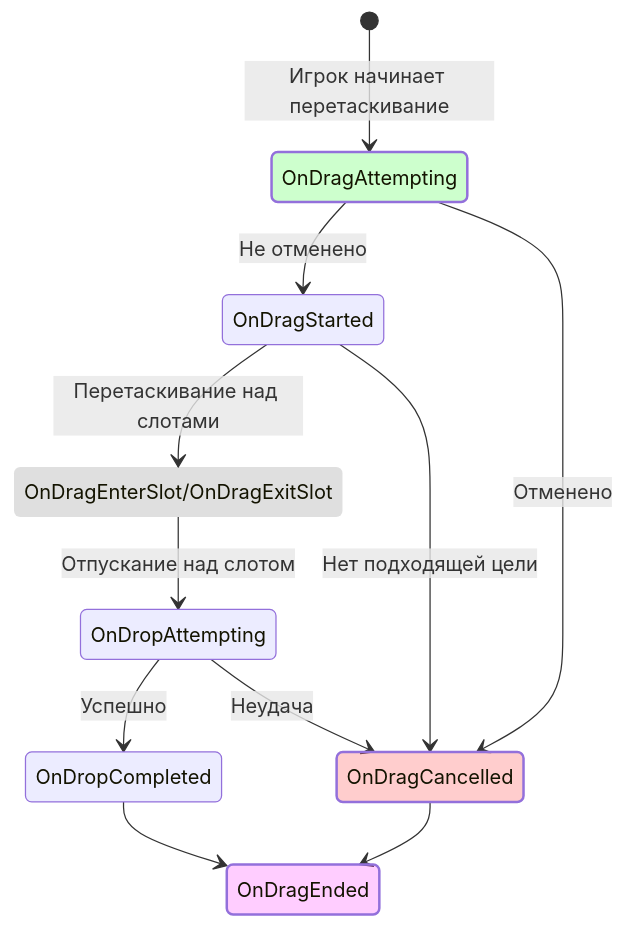
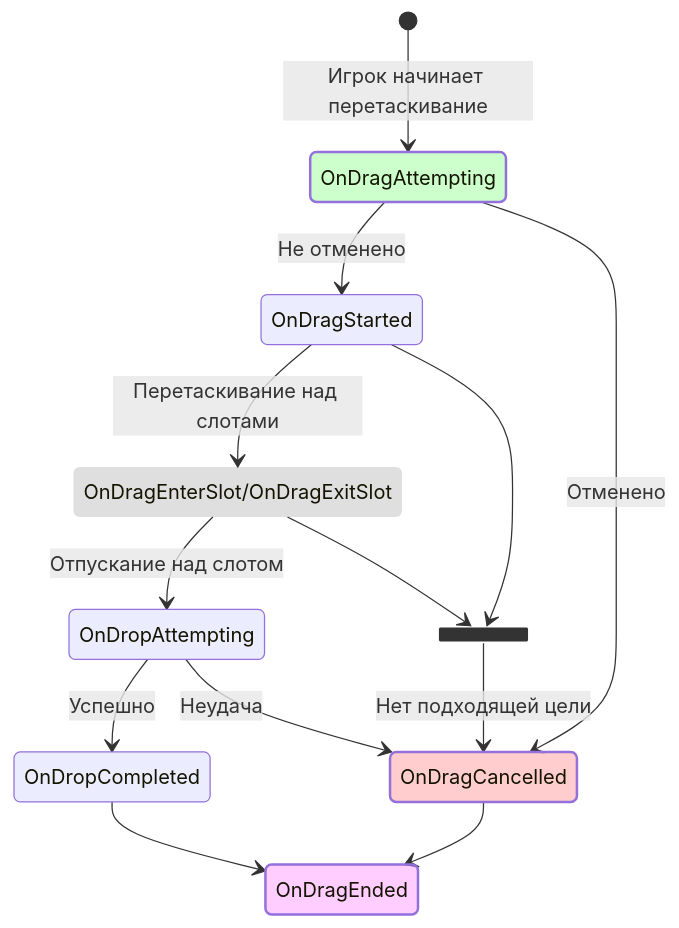
The first of 2 diagrams in .docs/content/reference/events.md (SergeevSergey99/DragAndDropSystem-Docs), drawn with Mermaid before and after one commit. The commit also changed 1 other file, not shown here.

Commit message:
правки графа ивентов

````diff
--- a/.docs/content/reference/events.md
+++ b/.docs/content/reference/events.md
@@ -9,25 +9,31 @@
 ```mermaid
 stateDiagram-v2
     classDef dragEnded fill:#f4f4,stroke-width:2px
     classDef dragCancelled fill:#f444,stroke-width:2px
     classDef dragStarted fill:#4F44,stroke-width:2px
     classDef dragOver fill:#8884,stroke-width:0px
 
     DragOver: OnDragEnterSlot/OnDragExitSlot
 
+    state join_state <<join>>
+
     [*] --> OnDragAttempting: Игрок начинает перетаскивание
     OnDragAttempting --> OnDragStarted: Не отменено
     OnDragAttempting --> OnDragCancelled: Отменено
     OnDragStarted --> DragOver: Перетаскивание над слотами
     DragOver --> OnDropAttempting: Отпускание над слотом
-    OnDragStarted --> OnDragCancelled: Нет подходящей цели
+    
+    DragOver --> join_state
+    OnDragStarted --> join_state
+    join_state --> OnDragCancelled: Нет подходящей цели
+
     OnDropAttempting --> OnDropCompleted: Успешно
     OnDropAttempting --> OnDragCancelled: Неудача
     OnDropCompleted --> OnDragEnded
     OnDragCancelled --> OnDragEnded
 
     class DragOver dragOver
     class OnDragAttempting dragStarted
     class OnDragCancelled dragCancelled
     class OnDragEnded dragEnded
 ```
````
